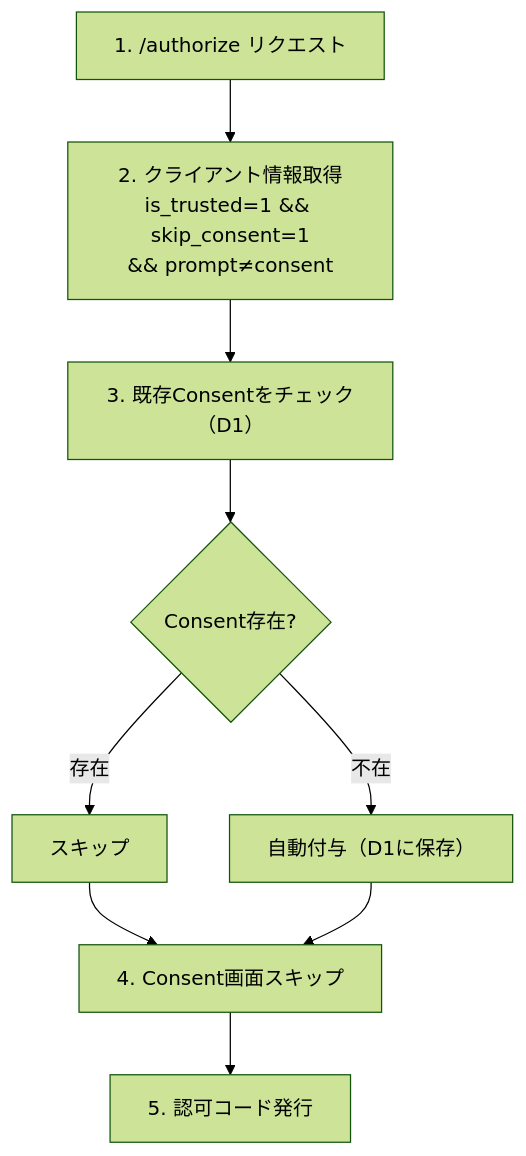
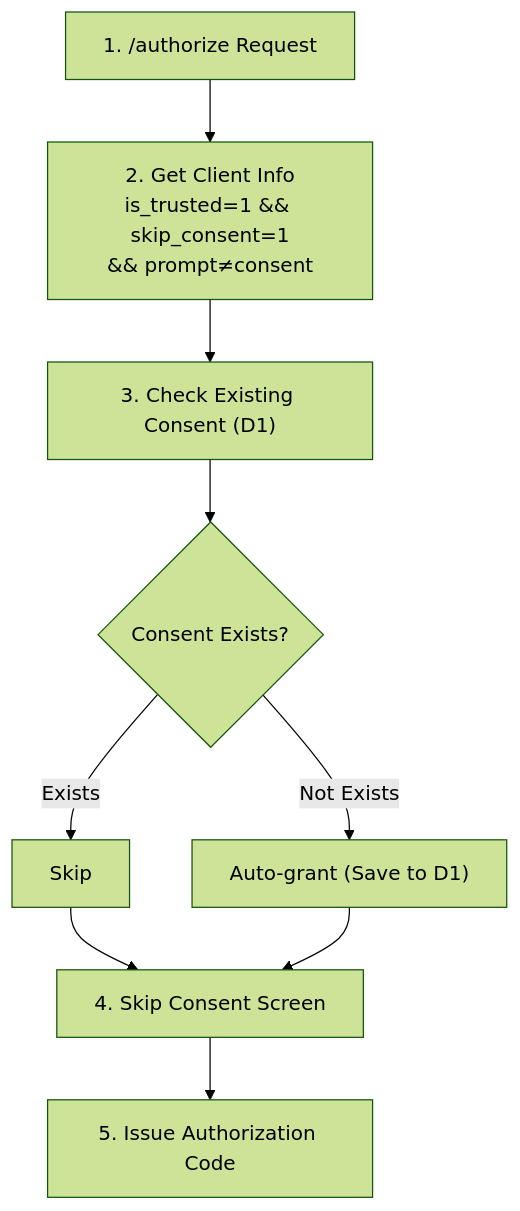
The first of 3 diagrams in packages/op-auth/TRUSTED_CLIENT_SPEC.md (sgrastar/authrim), drawn with Mermaid (forest theme) before and after one commit. The commit also changed other lines of this file and 23 other files, not shown here.

First line of the commit message:
docs: Translate all Japanese documentation to English and convert ASCII diagrams to Mermaid

````diff
--- a/packages/op-auth/TRUSTED_CLIENT_SPEC.md
+++ b/packages/op-auth/TRUSTED_CLIENT_SPEC.md
@@ -98,11 +98,11 @@
 ```mermaid
 flowchart TD
-    A["1. /authorize リクエスト"] --> B["2. クライアント情報取得<br/>is_trusted=1 && skip_consent=1<br/>&& prompt≠consent"]
-    B --> C["3. 既存Consentをチェック（D1）"]
-    C --> D{Consent存在?}
-    D -->|存在| E["スキップ"]
-    D -->|不在| F["自動付与（D1に保存）"]
-    E --> G["4. Consent画面スキップ"]
+    A["1. /authorize Request"] --> B["2. Get Client Info<br/>is_trusted=1 && skip_consent=1<br/>&& prompt≠consent"]
+    B --> C["3. Check Existing Consent (D1)"]
+    C --> D{Consent Exists?}
+    D -->|Exists| E["Skip"]
+    D -->|Not Exists| F["Auto-grant (Save to D1)"]
+    E --> G["4. Skip Consent Screen"]
     F --> G
-    G --> H["5. 認可コード発行"]
+    G --> H["5. Issue Authorization Code"]
 ```
````
